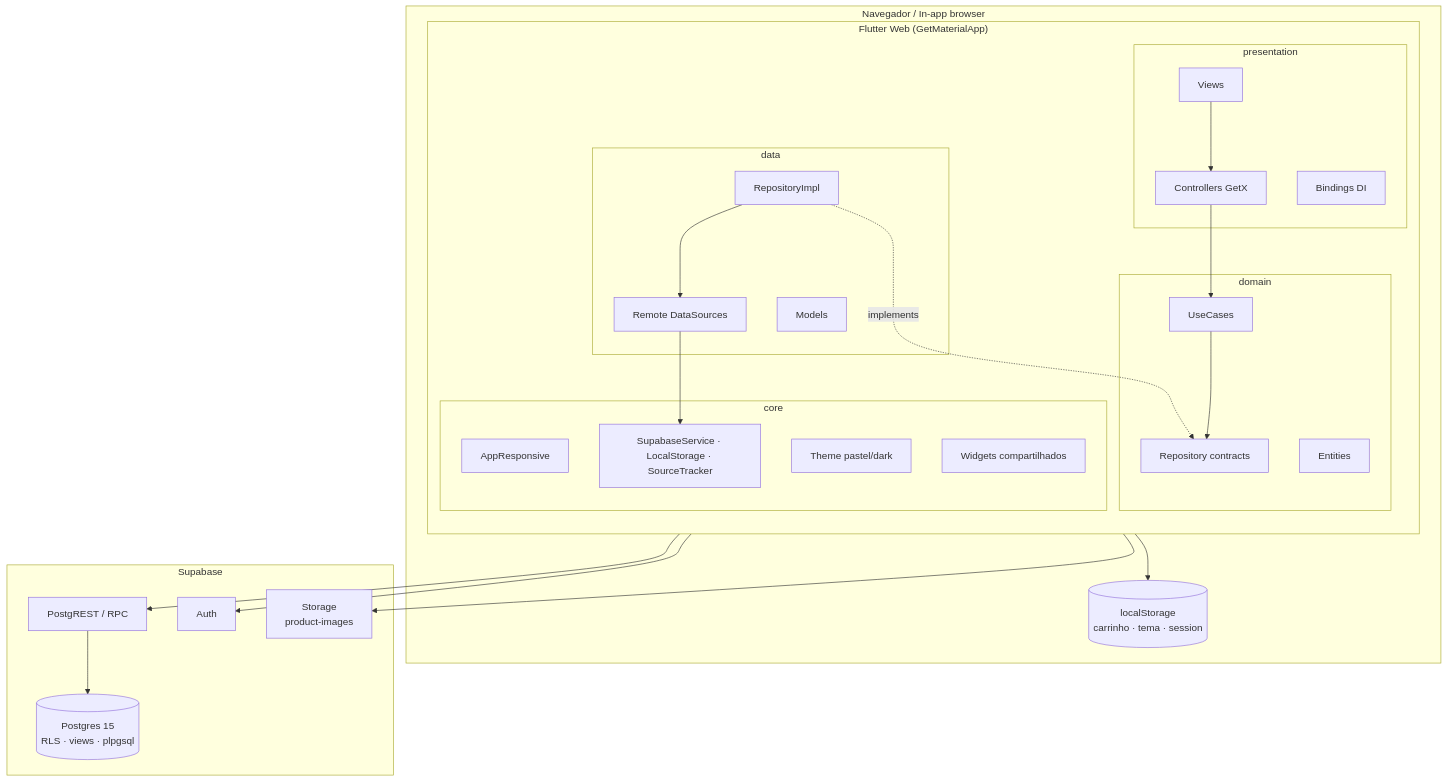
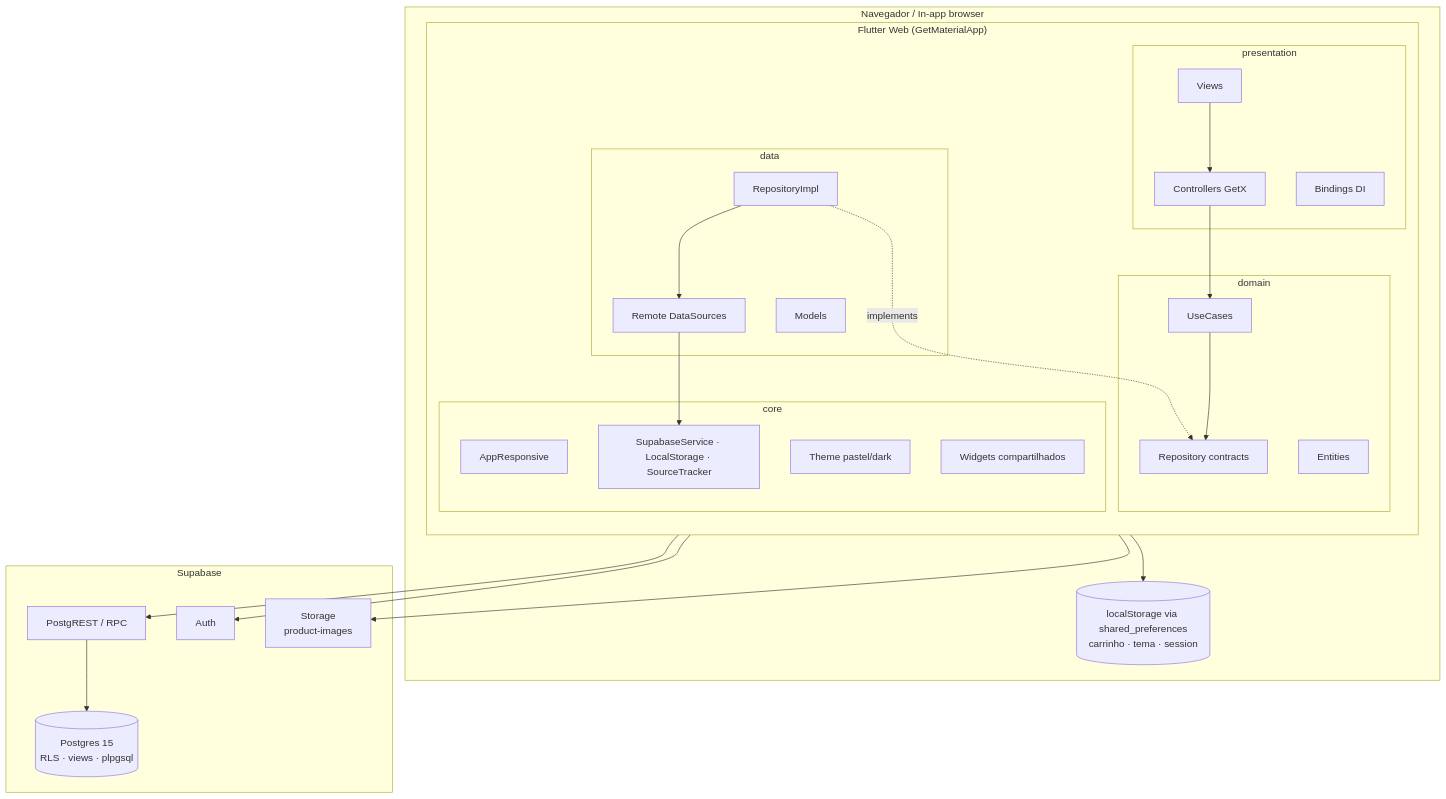
Before and after one commit to PimentelDiogo/lojajoyjoy: the fourth of 12 diagrams in docs/sdd/SDD.md, drawn with Mermaid. The commit also changed other lines of this file and 55 other files, not shown here.

````diff
--- a/docs/sdd/SDD.md
+++ b/docs/sdd/SDD.md
@@ -180,39 +189,39 @@
 ```mermaid
 flowchart TB
     subgraph Browser["Navegador / In-app browser"]
       subgraph Flutter["Flutter Web (GetMaterialApp)"]
         direction TB
         subgraph P["presentation"]
           V[Views] --> CT[Controllers GetX]
           BD[Bindings DI]
         end
         subgraph D["domain"]
           UC[UseCases] --> RPc[Repository contracts]
           EN[Entities]
         end
         subgraph DA["data"]
           RI[RepositoryImpl] --> DS[Remote DataSources]
           MD[Models]
         end
         subgraph CORE["core"]
           RESP[AppResponsive]
           TH[Theme pastel/dark]
           SVC[SupabaseService · LocalStorage · SourceTracker]
           W[Widgets compartilhados]
         end
         CT --> UC
         RI -.implements.-> RPc
         DS --> SVC
       end
-      LS[(localStorage<br/>carrinho · tema · session)]
+      LS[(localStorage via shared_preferences<br/>carrinho · tema · session)]
     end
     subgraph Supabase
       API[PostgREST / RPC]
       AUTH[Auth]
       STG[Storage<br/>product-images]
       PG[(Postgres 15<br/>RLS · views · plpgsql)]
       API --> PG
     end
     SVC --> API & AUTH & STG
     SVC --> LS
 ```
````
